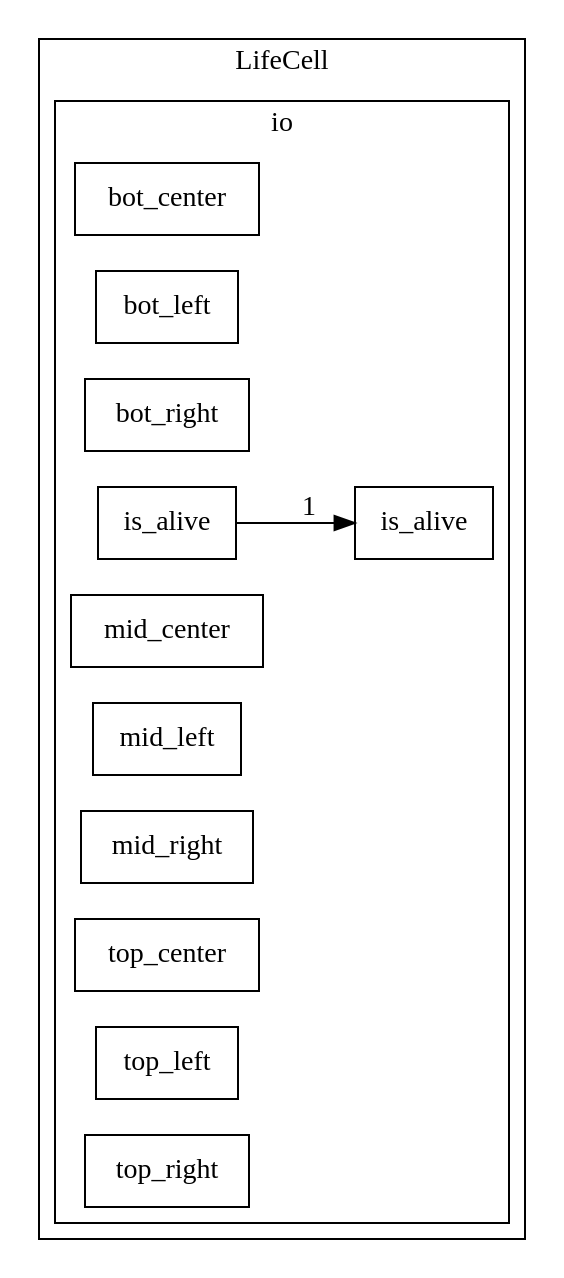
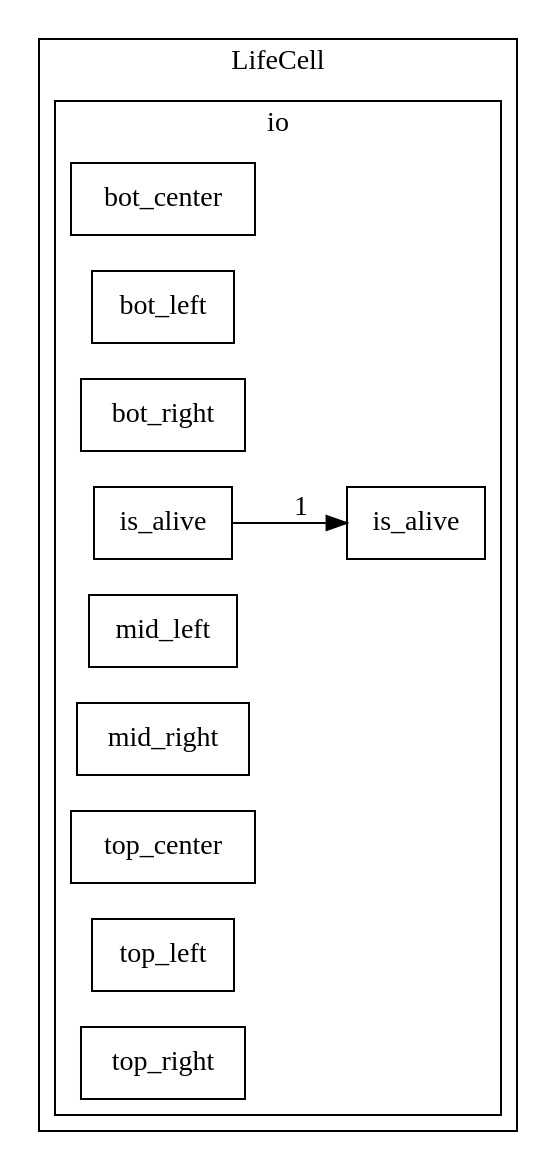
The diagram in LifeCell_c.dot (chick/chisel-life), drawn with Graphviz before and after one commit. The commit also changed 17 other files, not shown here.

```diff
--- a/LifeCell_c.dot
+++ b/LifeCell_c.dot
@@ -1,21 +1,20 @@
 digraph TopTop {
 rankdir = LR;
 subgraph clusterLifeCell{
 label = "LifeCell";
 subgraph clusterio__0{
 node [shape=box];
 label = "io";
 io_bot_center[label="bot_center"];
 io_bot_left[label="bot_left"];
 io_bot_right[label="bot_right"];
 io_is_alive[label="is_alive"];
 is_alive -> io_is_alive[label="1"];
-io_mid_center[label="mid_center"];
 io_mid_left[label="mid_left"];
 io_mid_right[label="mid_right"];
 io_top_center[label="top_center"];
 io_top_left[label="top_left"];
 io_top_right[label="top_right"];
 }
 }
 }
```
